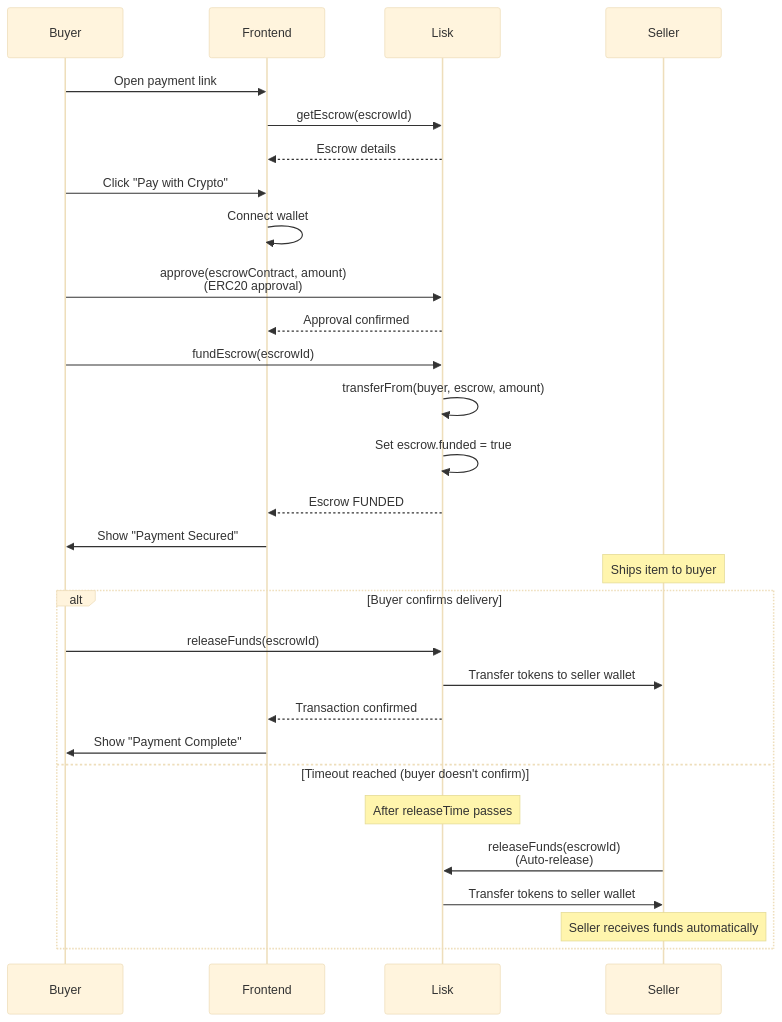
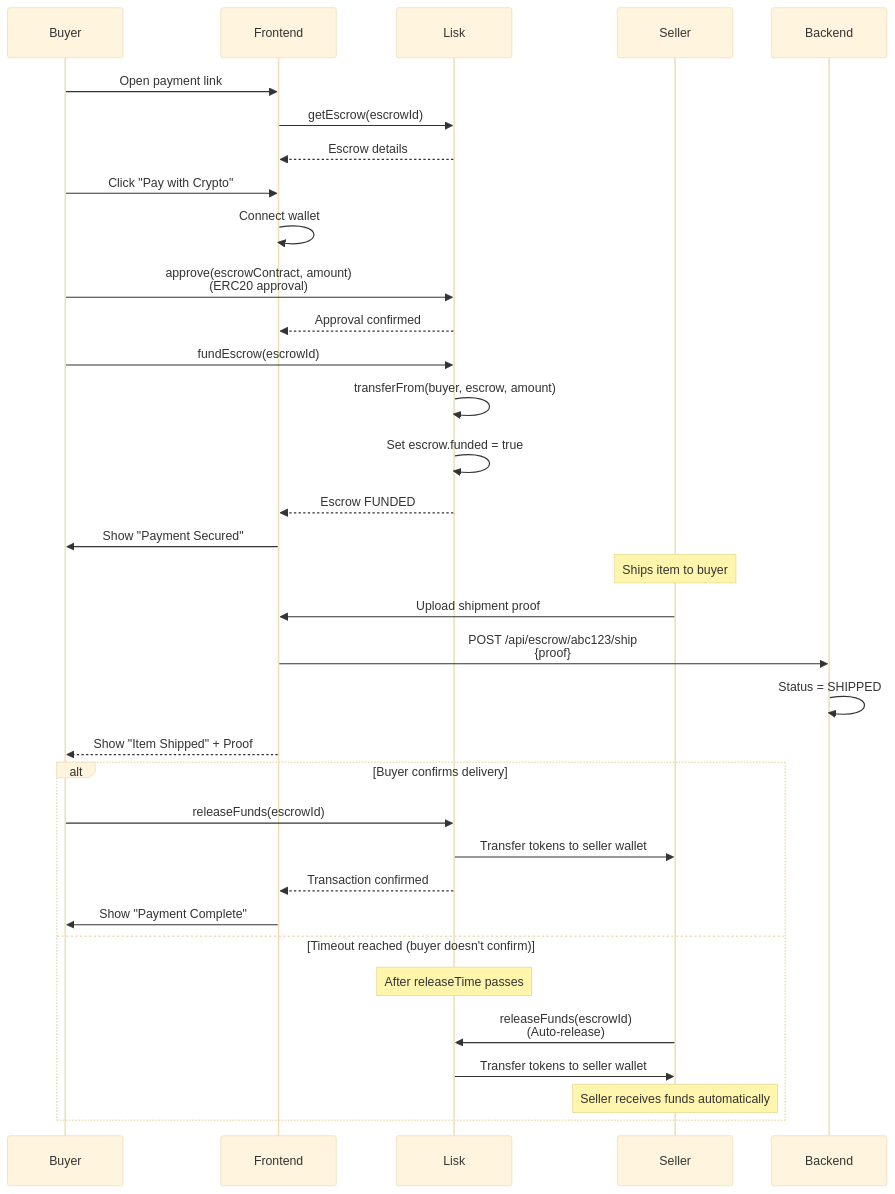
Before and after one commit to pramadanif/vouch: the fourth of 4 diagrams in README.md, drawn with Mermaid (base theme). The commit also changed other lines of this file and 27 other files, not shown here.

````diff
--- a/README.md
+++ b/README.md
@@ -382,37 +386,41 @@
 ```mermaid
 sequenceDiagram
     participant Buyer
     participant Frontend
     participant Lisk
     participant Seller
 
     Buyer->>Frontend: Open payment link
     Frontend->>Lisk: getEscrow(escrowId)
     Lisk-->>Frontend: Escrow details
 
     Buyer->>Frontend: Click "Pay with Crypto"
     Frontend->>Frontend: Connect wallet
     Buyer->>Lisk: approve(escrowContract, amount)<br/>(ERC20 approval)
     Lisk-->>Frontend: Approval confirmed
     
     Buyer->>Lisk: fundEscrow(escrowId)
     Lisk->>Lisk: transferFrom(buyer, escrow, amount)
     Lisk->>Lisk: Set escrow.funded = true
     Lisk-->>Frontend: Escrow FUNDED
     
     Frontend->>Buyer: Show "Payment Secured"
     
     Note over Seller: Ships item to buyer
+    Seller->>Frontend: Upload shipment proof
+    Frontend->>Backend: POST /api/escrow/abc123/ship<br/>{proof}
+    Backend->>Backend: Status = SHIPPED
+    Frontend-->>Buyer: Show "Item Shipped" + Proof
     
     alt Buyer confirms delivery
         Buyer->>Lisk: releaseFunds(escrowId)
         Lisk->>Seller: Transfer tokens to seller wallet
         Lisk-->>Frontend: Transaction confirmed
         Frontend->>Buyer: Show "Payment Complete"
     else Timeout reached (buyer doesn't confirm)
         Note over Lisk: After releaseTime passes
         Seller->>Lisk: releaseFunds(escrowId)<br/>(Auto-release)
         Lisk->>Seller: Transfer tokens to seller wallet
         Note over Seller: Seller receives funds automatically
     end
 ```
````
